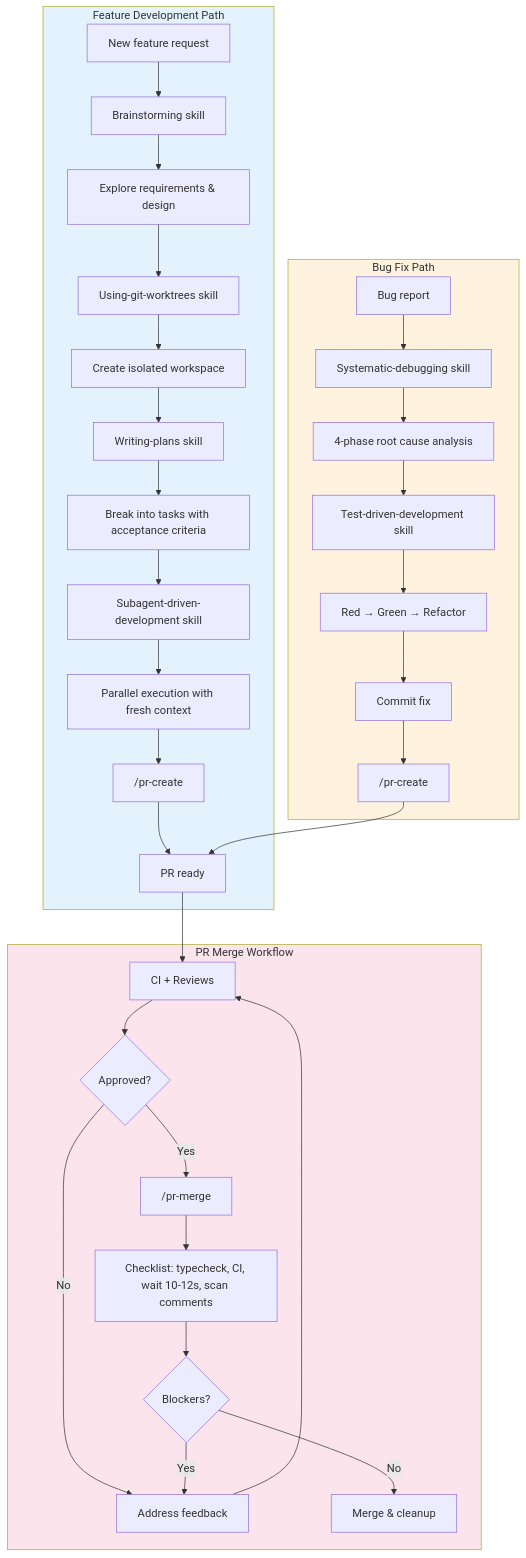
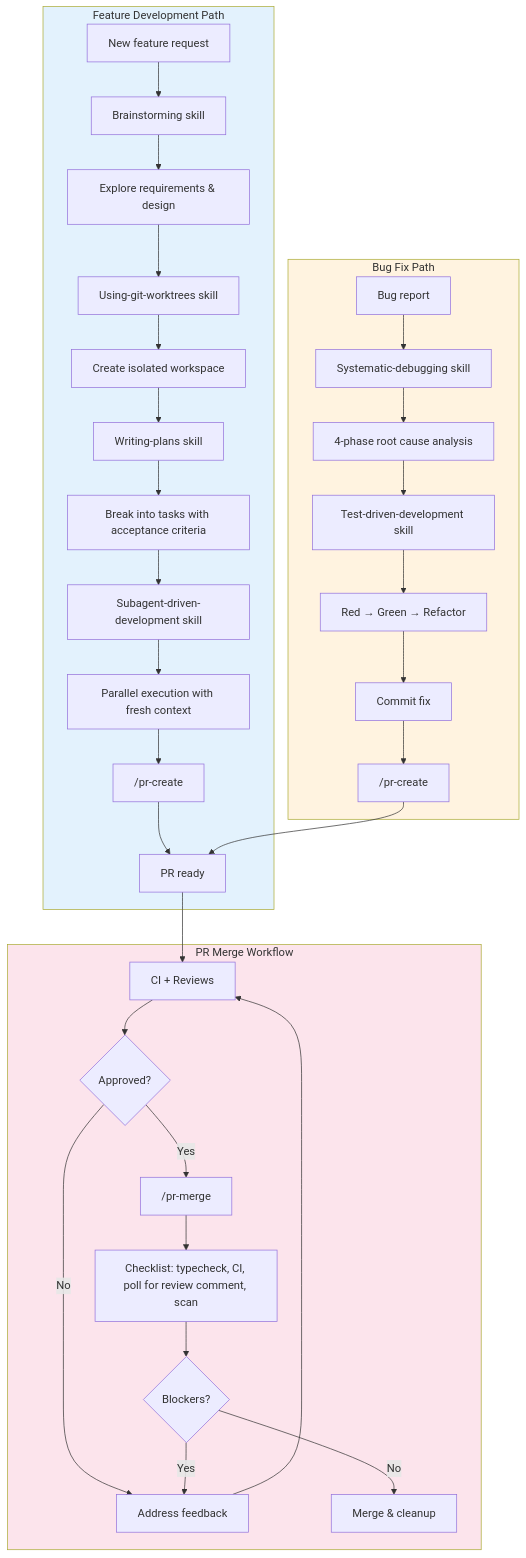
Before and after one commit to tombakerjr/claude-code-workflows: the diagram in README.md, drawn with Mermaid. The commit also changed other lines of this file and 3 other files, not shown here.

````diff
--- a/README.md
+++ b/README.md
@@ -38,41 +38,41 @@
 ```mermaid
 flowchart TD
     subgraph FEATURE ["Feature Development Path"]
         A[New feature request] --> B[Brainstorming skill]
         B --> C["Explore requirements & design"]
         C --> D[Using-git-worktrees skill]
         D --> E[Create isolated workspace]
         E --> F[Writing-plans skill]
         F --> G["Break into tasks with acceptance criteria"]
         G --> H[Subagent-driven-development skill]
         H --> I["Parallel execution with fresh context"]
         I --> J["/pr-create"]
         J --> K[PR ready]
     end
 
     subgraph BUG ["Bug Fix Path"]
         L[Bug report] --> M[Systematic-debugging skill]
         M --> N["4-phase root cause analysis"]
         N --> O[Test-driven-development skill]
         O --> P["Red → Green → Refactor"]
         P --> Q[Commit fix]
         Q --> R["/pr-create"]
         R --> K
     end
 
     subgraph MERGE ["PR Merge Workflow"]
         K --> S[CI + Reviews]
         S --> T{Approved?}
         T -->|No| U[Address feedback]
         U --> S
         T -->|Yes| V["/pr-merge"]
-        V --> W["Checklist: typecheck, CI, wait 10-12s, scan comments"]
+        V --> W["Checklist: typecheck, CI, poll for review comment, scan"]
         W --> X{Blockers?}
         X -->|Yes| U
         X -->|No| Y[Merge & cleanup]
     end
 
     style FEATURE fill:#e3f2fd
     style BUG fill:#fff3e0
     style MERGE fill:#fce4ec
 ```
````
